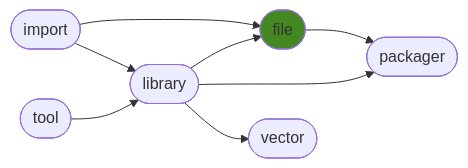
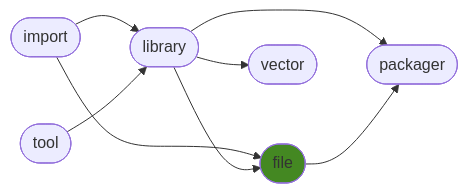
Before and after one commit to ManderaGeneral/generalfile: the diagram in README.md, drawn with Mermaid. The commit also changed other lines of this file, not shown here.

````diff
--- a/README.md
+++ b/README.md
@@ -24,17 +24,17 @@
 ```mermaid
 flowchart LR
+0([import]) --> 3([file])
+2([library]) --> 5([packager])
+0([import]) --> 2([library])
+2([library]) --> 4([vector])
 2([library]) --> 3([file])
 3([file]) --> 5([packager])
-2([library]) --> 5([packager])
-0([import]) --> 3([file])
-0([import]) --> 2([library])
 1([tool]) --> 2([library])
-2([library]) --> 4([vector])
 click 0 "https://github.com/ManderaGeneral/generalimport"
 click 1 "https://github.com/ManderaGeneral/generaltool"
 click 2 "https://github.com/ManderaGeneral/generallibrary"
 click 3 "https://github.com/ManderaGeneral/generalfile"
 click 4 "https://github.com/ManderaGeneral/generalvector"
 click 5 "https://github.com/ManderaGeneral/generalpackager"
 style 3 fill:#482
 ```
````
